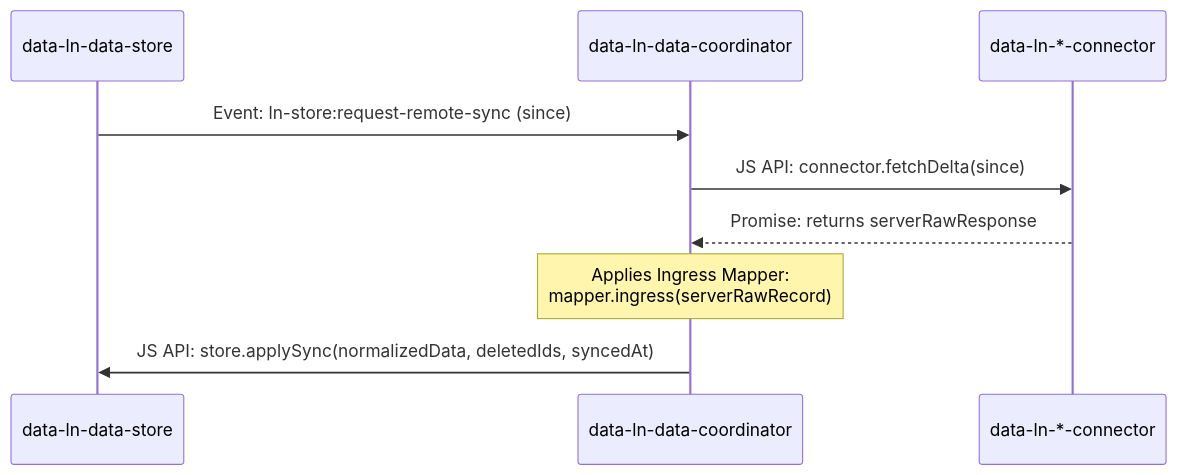
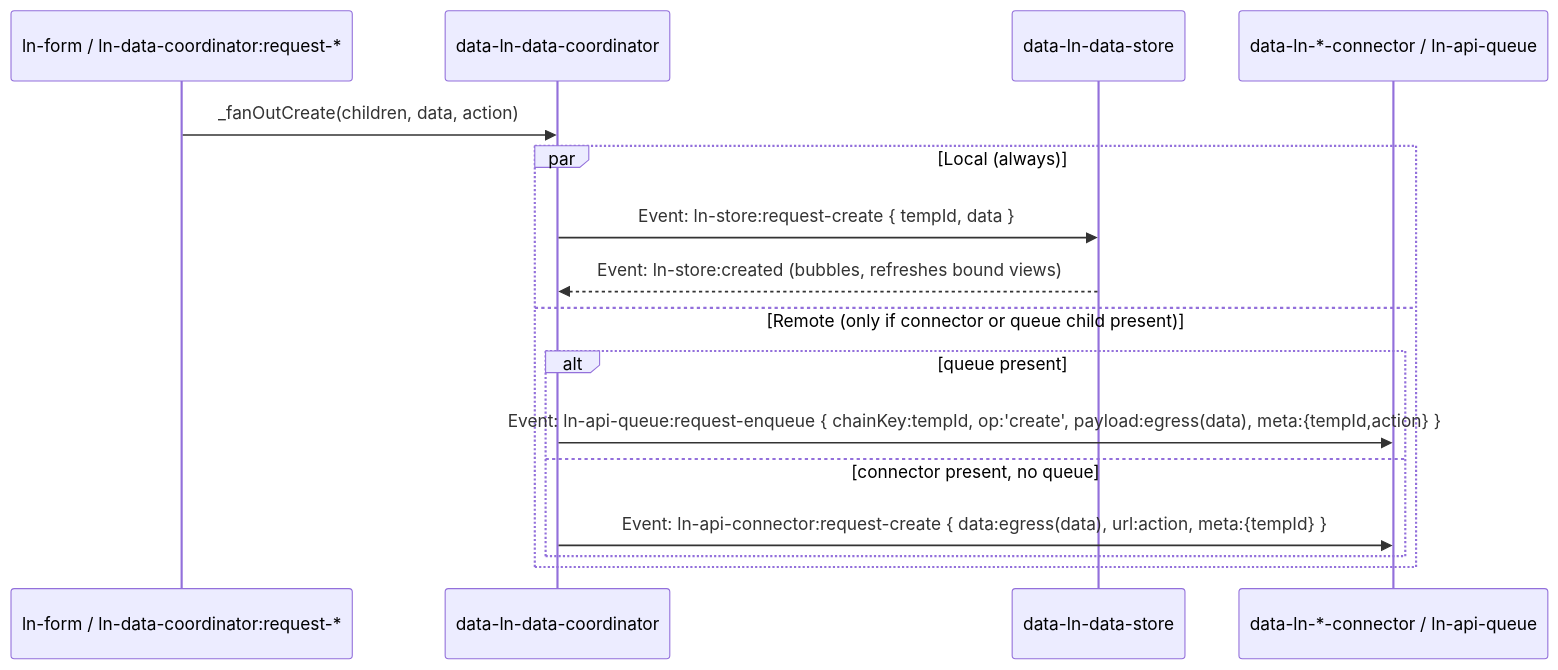
One commit to livenetworks/ln-ashlar changed the first of 3 diagrams in js/ln-data-coordinator/README.md. Above: the diagram before and after it, drawn with Mermaid. The commit also changed other lines of this file and 62 other files, not shown here.

````diff
--- a/js/ln-data-coordinator/README.md
+++ b/js/ln-data-coordinator/README.md
@@ -146,12 +188,19 @@
 ```mermaid
 sequenceDiagram
+    participant Intake as ln-form / ln-data-coordinator:request-*
+    participant Coord as data-ln-data-coordinator
     participant Store as data-ln-data-store
-    participant Coord as data-ln-data-coordinator
-    participant Gateway as data-ln-*-connector
-    
-    Store->>Coord: Event: ln-store:request-remote-sync (since)
-    Coord->>Gateway: JS API: connector.fetchDelta(since)
-    Gateway-->>Coord: Promise: returns serverRawResponse
-    Note over Coord: Applies Ingress Mapper:<br/>mapper.ingress(serverRawRecord)
-    Coord->>Store: JS API: store.applySync(normalizedData, deletedIds, syncedAt)
+    participant Gateway as data-ln-*-connector / ln-api-queue
+
+    Intake->>Coord: _fanOutCreate(children, data, action)
+    par Local (always)
+        Coord->>Store: Event: ln-store:request-create { tempId, data }
+        Store-->>Coord: Event: ln-store:created (bubbles, refreshes bound views)
+    and Remote (only if connector or queue child present)
+        alt queue present
+            Coord->>Gateway: Event: ln-api-queue:request-enqueue { chainKey:tempId, op:'create', payload:egress(data), meta:{tempId,action} }
+        else connector present, no queue
+            Coord->>Gateway: Event: ln-api-connector:request-create { data:egress(data), url:action, meta:{tempId} }
+        end
+    end
 ```
````
